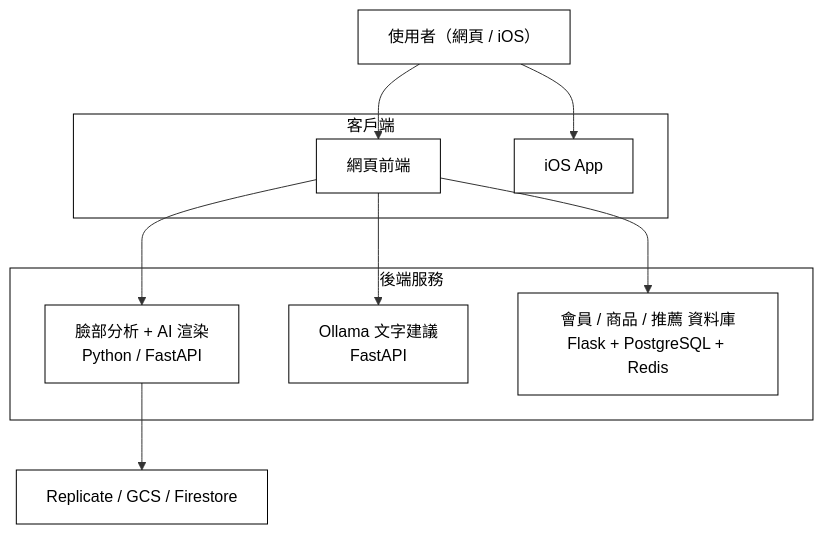
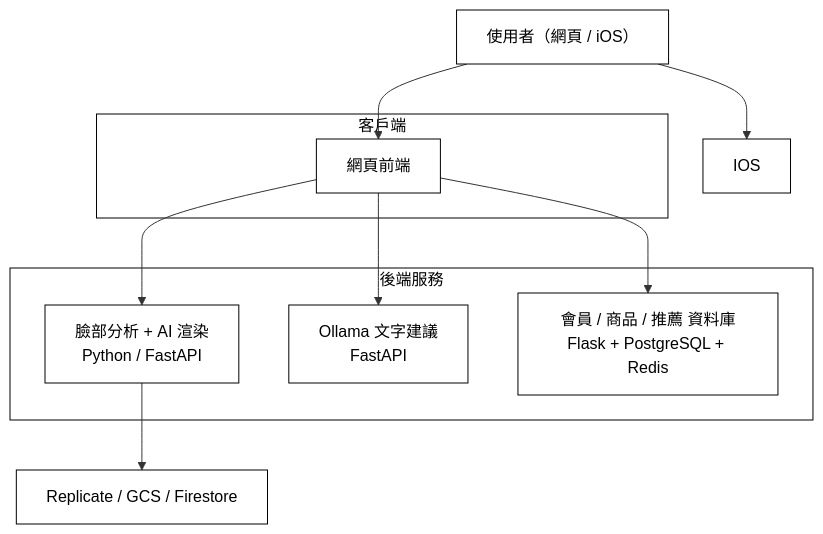
The diagram in README.md (vivi930319/DecorateMeAI), drawn with Mermaid before and after one commit. The commit also changed other lines of this file, not shown here.

Commit message:
Fix formatting issues in README.mdvu. 刪除ios功能，先不同步

````diff
--- a/README.md
+++ b/README.md
@@ -11,25 +11,25 @@
 ```mermaid
 flowchart TB
   classDef n fill:#ffffff,stroke:#000000,color:#000000;
   U["使用者（網頁 / iOS）"]
   subgraph C["客戶端"]
     WEB["網頁前端"]
-    IOS["iOS App"]
+   
   end
   subgraph S["後端服務"]
     FACE["臉部分析 + AI 渲染<br/>Python / FastAPI"]
     OLL["Ollama 文字建議<br/>FastAPI"]
     DBS["會員 / 商品 / 推薦 資料庫<br/>Flask + PostgreSQL + Redis"]
   end
   EXT["Replicate / GCS / Firestore"]
 
   U --> WEB
   U --> IOS
   WEB --> FACE
   WEB --> OLL
   WEB --> DBS
   FACE --> EXT
   class U,WEB,IOS,FACE,OLL,DBS,EXT n;
   style C fill:#ffffff,stroke:#000000,color:#000000;
   style S fill:#ffffff,stroke:#000000,color:#000000;
 ```
````
